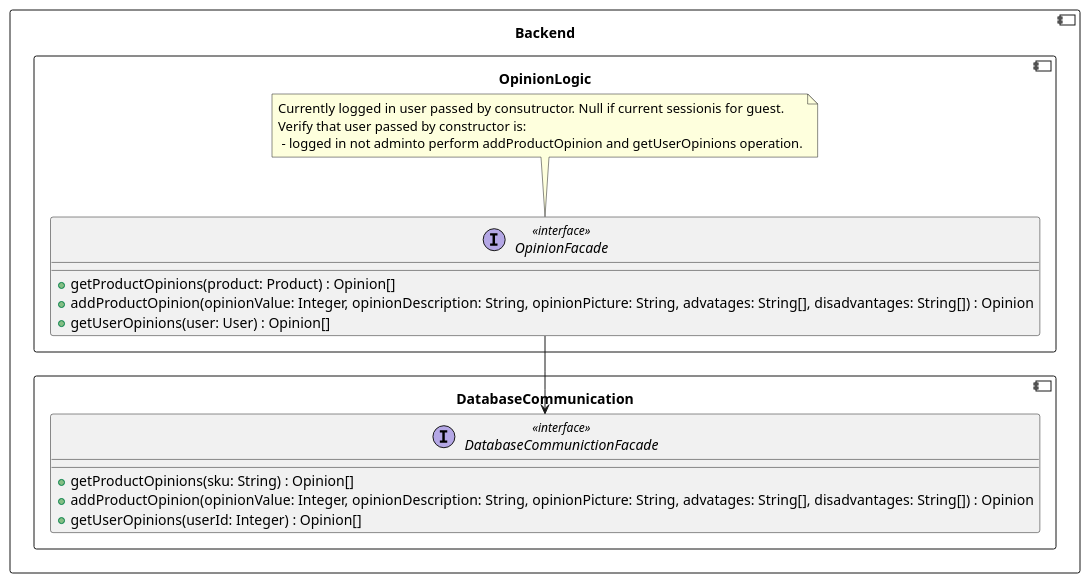
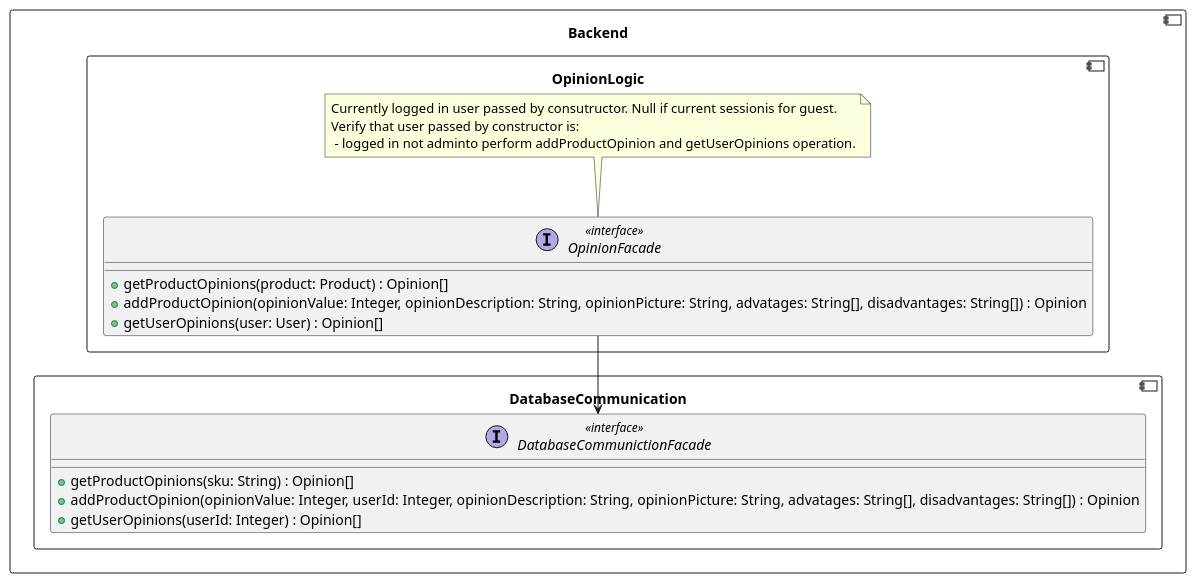
Before and after one commit to RadekBucki/OpinionCollectorArchitecture: the ninth of 9 diagrams in backend/BackendLogic.md, drawn with PlantUML. The commit also changed 1 other file, not shown here.

Commit message:
Add missed user id

````diff
--- a/backend/BackendLogic.md
+++ b/backend/BackendLogic.md
@@ -265,28 +265,28 @@
 ```plantuml
 @startuml
 component Backend {
     component DatabaseCommunication {
         interface DatabaseCommunictionFacade <<interface>> {
             + getProductOpinions(sku: String) : Opinion[]
-            + addProductOpinion(opinionValue: Integer, opinionDescription: String, opinionPicture: String, advatages: String[], disadvantages: String[]) : Opinion
+            + addProductOpinion(opinionValue: Integer, userId: Integer, opinionDescription: String, opinionPicture: String, advatages: String[], disadvantages: String[]) : Opinion
             + getUserOpinions(userId: Integer) : Opinion[]
         }
     }
     
     component OpinionLogic {        
         OpinionFacade  --> DatabaseCommunictionFacade
         interface OpinionFacade <<interface>> {
             + getProductOpinions(product: Product) : Opinion[]
             + addProductOpinion(opinionValue: Integer, opinionDescription: String, opinionPicture: String, advatages: String[], disadvantages: String[]) : Opinion
             + getUserOpinions(user: User) : Opinion[]
         }
     
         note top of OpinionFacade
             Currently logged in user passed by consutructor. Null if current sessionis for guest.
             Verify that user passed by constructor is:
              - logged in not adminto perform addProductOpinion and getUserOpinions operation.
         endnote
     }
 }
 @enduml 
 ```
````
